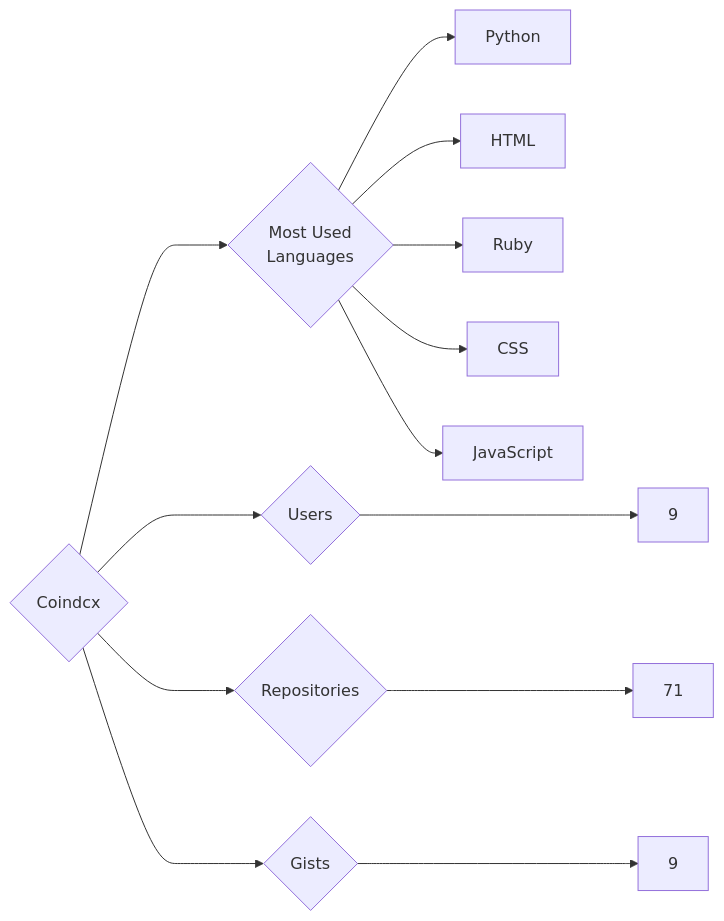
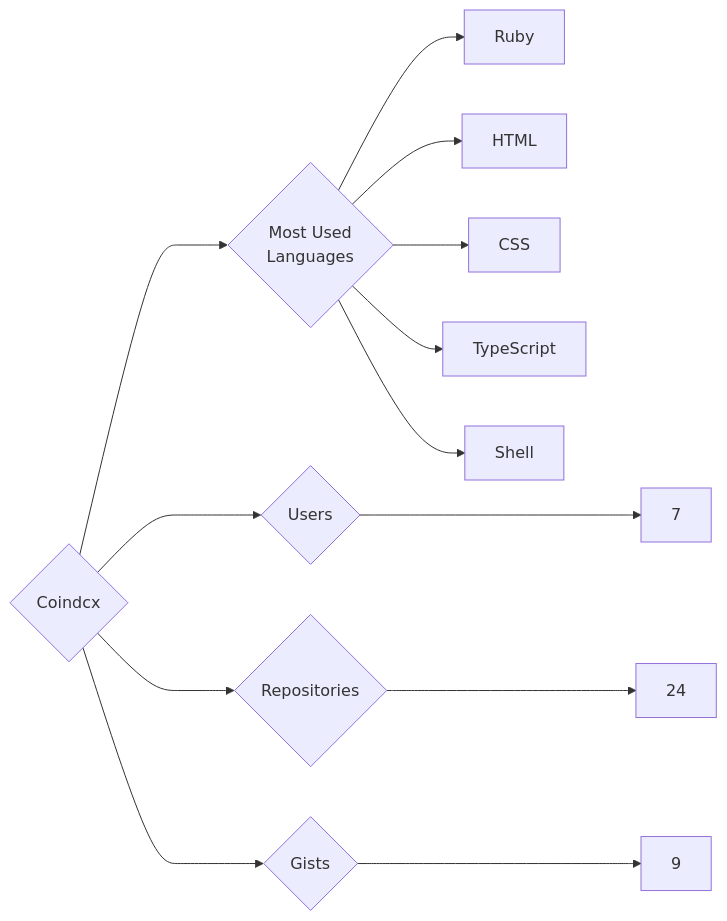
The diagram in targets/Coindcx/README.md (trickest/insiders), drawn with Mermaid before and after one commit. The commit also changed 1036 other files, not shown here.

````diff
--- a/targets/Coindcx/README.md
+++ b/targets/Coindcx/README.md
@@ -3,13 +3,13 @@
 ```mermaid
 graph LR
 COMPANY_NAME{Coindcx}
-COMPANY_NAME ---> U{Users} ---> UN[9]
-COMPANY_NAME ---> R{Repositories} ---> RN[71]
+COMPANY_NAME ---> U{Users} ---> UN[7]
+COMPANY_NAME ---> R{Repositories} ---> RN[24]
 COMPANY_NAME ---> G{Gists} ---> GN[9]
 COMPANY_NAME ---> ML{Most Used<br>Languages}
-ML --> Python[Python]
+ML --> Ruby[Ruby]
 ML --> HTML[HTML]
-ML --> Ruby[Ruby]
 ML --> CSS[CSS]
-ML --> JavaScript[JavaScript]
+ML --> TypeScript[TypeScript]
+ML --> Shell[Shell]
 ```
````
